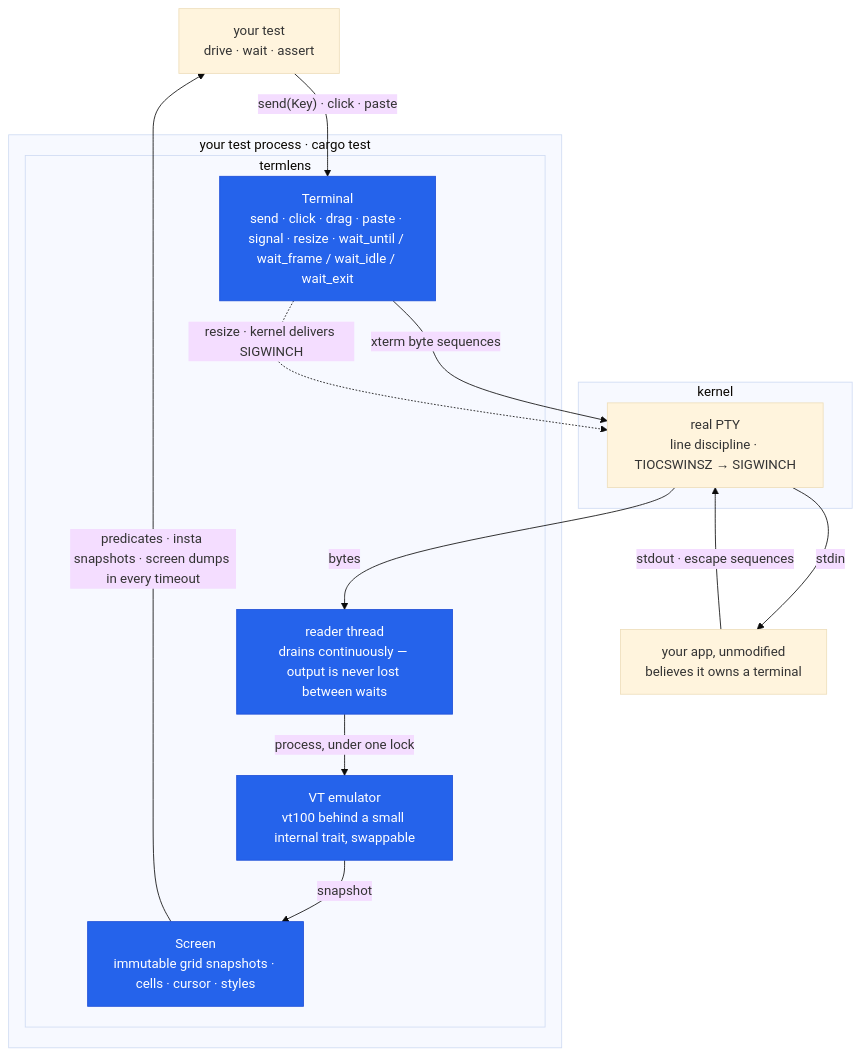
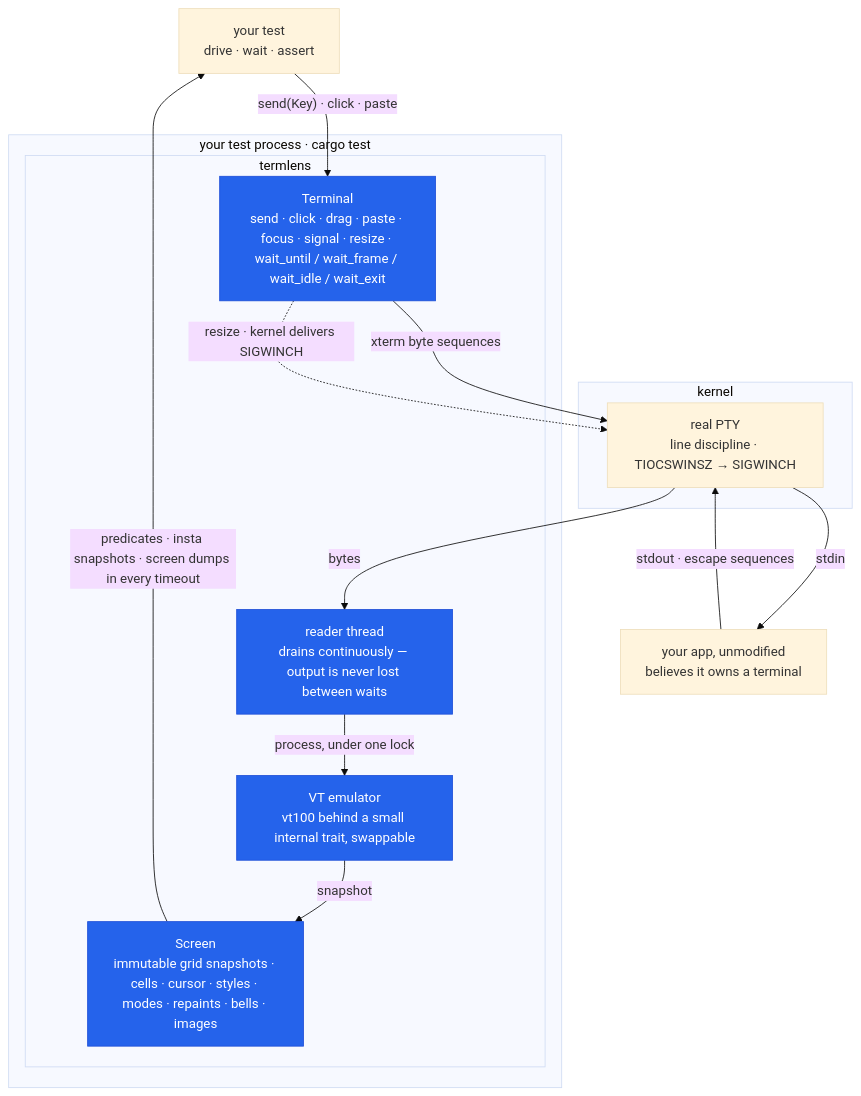
Before and after one commit to cestercian/termlens: the diagram in README.md, drawn with Mermaid (base theme). The commit also changed other lines of this file and 7 other files, not shown here.

````diff
--- a/README.md
+++ b/README.md
@@ -59,28 +59,28 @@
 ```mermaid
 flowchart TB
   test["your test<br/>drive · wait · assert"]
   subgraph proc["your test process · cargo test"]
     subgraph tt["termlens"]
-      api["Terminal<br/>send · click · drag · paste · signal · resize · wait_until / wait_frame / wait_idle / wait_exit"]
+      api["Terminal<br/>send · click · drag · paste · focus · signal · resize · wait_until / wait_frame / wait_idle / wait_exit"]
       reader["reader thread<br/>drains continuously — output is never lost between waits"]
       emu["VT emulator<br/>vt100 behind a small internal trait, swappable"]
-      screen["Screen<br/>immutable grid snapshots · cells · cursor · styles"]
+      screen["Screen<br/>immutable grid snapshots · cells · cursor · styles · modes · repaints · bells · images"]
     end
   end
   subgraph kernel["kernel"]
     PTY["real PTY<br/>line discipline · TIOCSWINSZ → SIGWINCH"]
   end
   app["your app, unmodified<br/>believes it owns a terminal"]
 
   test -->|"send(Key) · click · paste"| api
   api -->|"xterm byte sequences"| PTY
   api -.->|"resize · kernel delivers SIGWINCH"| PTY
   PTY -->|stdin| app
   app -->|"stdout · escape sequences"| PTY
   PTY -->|bytes| reader
   reader -->|"process, under one lock"| emu
   emu -->|"snapshot"| screen
   screen -->|"predicates · insta snapshots · screen dumps in every timeout"| test
   classDef ours fill:#2563eb,color:#ffffff,stroke:#1d4ed8,stroke-width:1px;
   class api,reader,emu,screen ours
 ```
````
